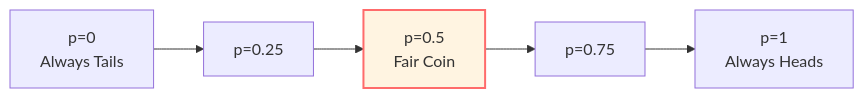
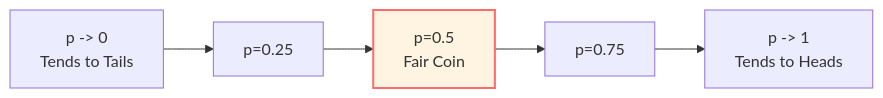
Before and after one commit to loning/zeckendorf-hilbert: the first of 4 diagrams in docs/euler-article/gls-union/03-mathematical-tools/05-information-geometry_en.md, drawn with Mermaid. The commit also changed other lines of this file and 111 other files, not shown here.

````diff
--- a/docs/euler-article/gls-union/03-mathematical-tools/05-information-geometry_en.md
+++ b/docs/euler-article/gls-union/03-mathematical-tools/05-information-geometry_en.md
@@ -30,9 +34,9 @@
 ```mermaid
 graph LR
-    P0["p=0<br/>Always Tails"] --> P25["p=0.25"]
+    P0["p -> 0<br/>Tends to Tails"] --> P25["p=0.25"]
     P25 --> P50["p=0.5<br/>Fair Coin"]
     P50 --> P75["p=0.75"]
-    P75 --> P1["p=1<br/>Always Heads"]
+    P75 --> P1["p -> 1<br/>Tends to Heads"]
 
     style P50 fill:#fff4e1,stroke:#ff6b6b,stroke-width:2px
 ```
````
